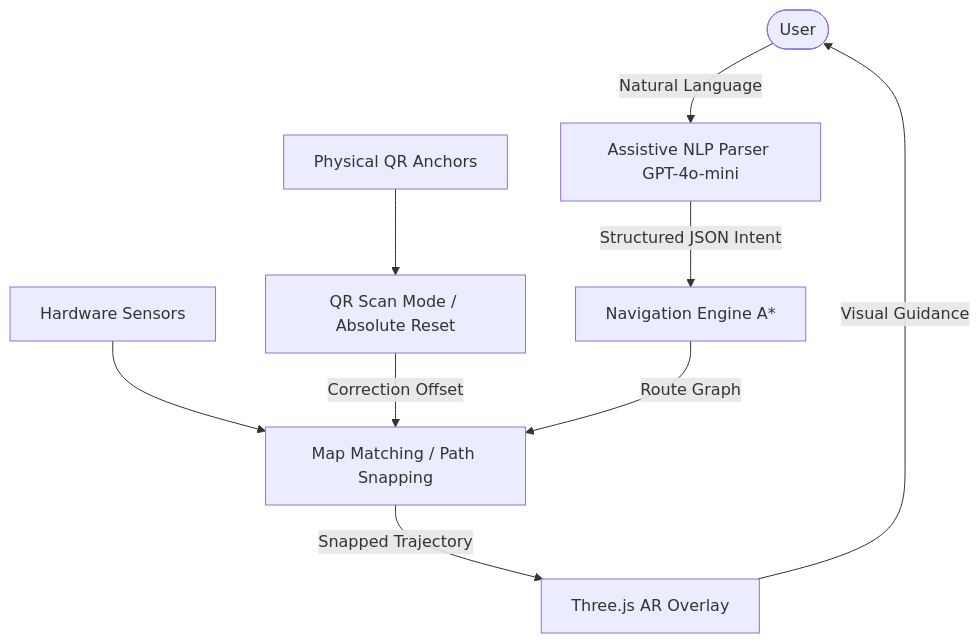
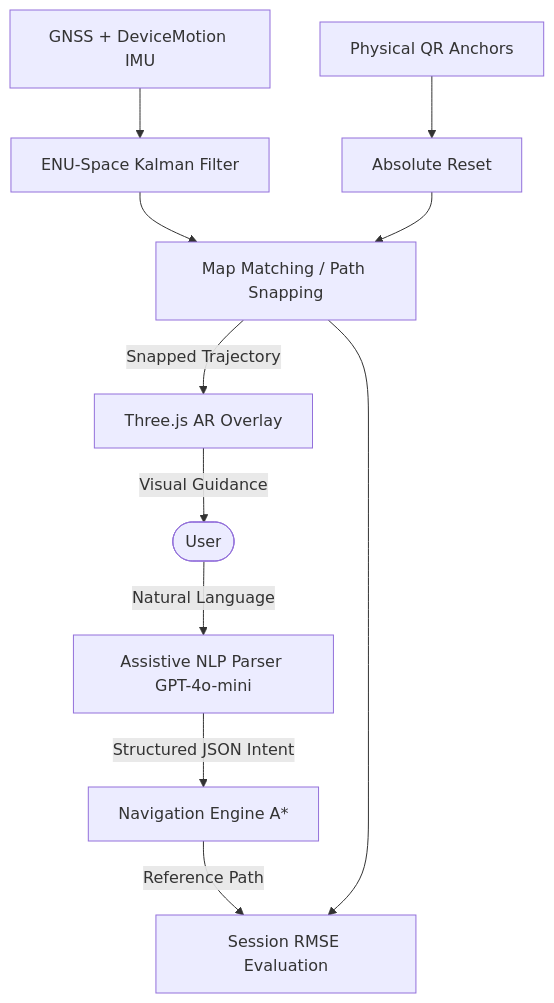
Before and after one commit to shivansh-kaushik/GAMEMNNIT: the diagram in README.md, drawn with Mermaid. The commit also changed other lines of this file and 9 other files, not shown here.

Commit message:
chore: PhD-level thesis upgrade (ENU Kalman, IMU fusion, Eigenvalue Cone, GT RMSE, README update)

````diff
--- a/README.md
+++ b/README.md
@@ -56,11 +56,13 @@
 ```mermaid
 graph TD
     User([User]) -->|Natural Language| AI[Assistive NLP Parser GPT-4o-mini]
     AI -->|Structured JSON Intent| Nav["Navigation Engine A*"]
-    Sensors[Hardware Sensors] --> Snap[Map Matching / Path Snapping]
-    QR[Physical QR Anchors] --> Scan[QR Scan Mode / Absolute Reset]
-    Scan -->|Correction Offset| Snap
+    Sensors[GNSS + DeviceMotion IMU] --> Kalman[ENU-Space Kalman Filter]
+    Kalman --> Snap[Map Matching / Path Snapping]
+    QR[Physical QR Anchors] --> Scan[Absolute Reset]
+    Scan --> Snap
     Snap -->|Snapped Trajectory| AR[Three.js AR Overlay]
-    Nav -->|Route Graph| Snap
+    Nav -->|Reference Path| Logger[Session RMSE Evaluation]
+    Snap --> Logger
     AR -->|Visual Guidance| User
 ```
````
